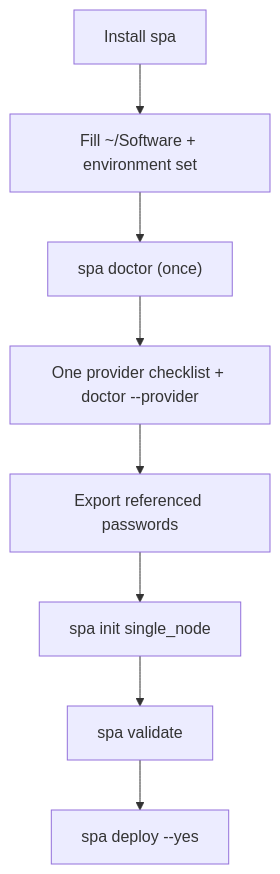
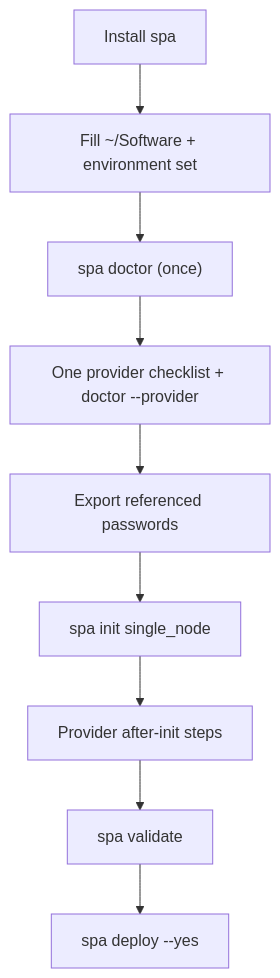
Before and after one commit to splunk/splunk-platform-automator: the diagram in docs/quick-start.md, drawn with Mermaid. The commit also changed other lines of this file and 2 other files, not shown here.

First line of the commit message:
Run provider after-init steps before validate in the quick start.

````diff
--- a/docs/quick-start.md
+++ b/docs/quick-start.md
@@ -77,10 +78,11 @@
 ```mermaid
 flowchart TD
   install["Install spa"] --> software["Fill ~/Software + environment set"]
   software --> doctor["spa doctor (once)"]
   doctor --> provider["One provider checklist + doctor --provider"]
   provider --> secrets["Export referenced passwords"]
   secrets --> init["spa init single_node"]
-  init --> validate["spa validate"]
+  init --> after["Provider after-init steps"]
+  after --> validate["spa validate"]
   validate --> deploy["spa deploy --yes"]
 ```
````
